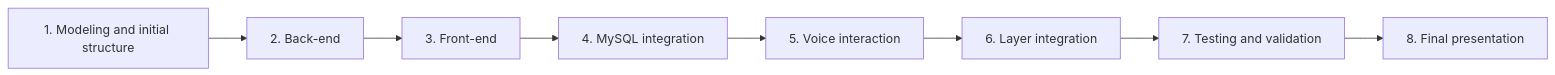
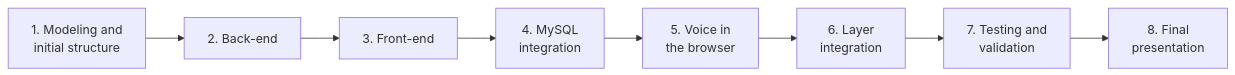
One commit to Dudad771/ProjetoVozCidadao changed the sixth of 6 diagrams in README.md. Above: the diagram before and after it, drawn with Mermaid. The commit also changed other lines of this file, not shown here.

````diff
--- a/README.md
+++ b/README.md
@@ -1116,10 +1360,10 @@
 ```mermaid
 flowchart LR
-    R1[1. Modeling and initial structure] --> R2[2. Back-end]
-    R2 --> R3[3. Front-end]
-    R3 --> R4[4. MySQL integration]
-    R4 --> R5[5. Voice interaction]
-    R5 --> R6[6. Layer integration]
-    R6 --> R7[7. Testing and validation]
-    R7 --> R8[8. Final presentation]
+    E1[1. Modeling and<br/>initial structure] --> E2[2. Back-end]
+    E2 --> E3[3. Front-end]
+    E3 --> E4[4. MySQL<br/>integration]
+    E4 --> E5[5. Voice in<br/>the browser]
+    E5 --> E6[6. Layer<br/>integration]
+    E6 --> E7[7. Testing and<br/>validation]
+    E7 --> E8[8. Final<br/>presentation]
 ```
````
